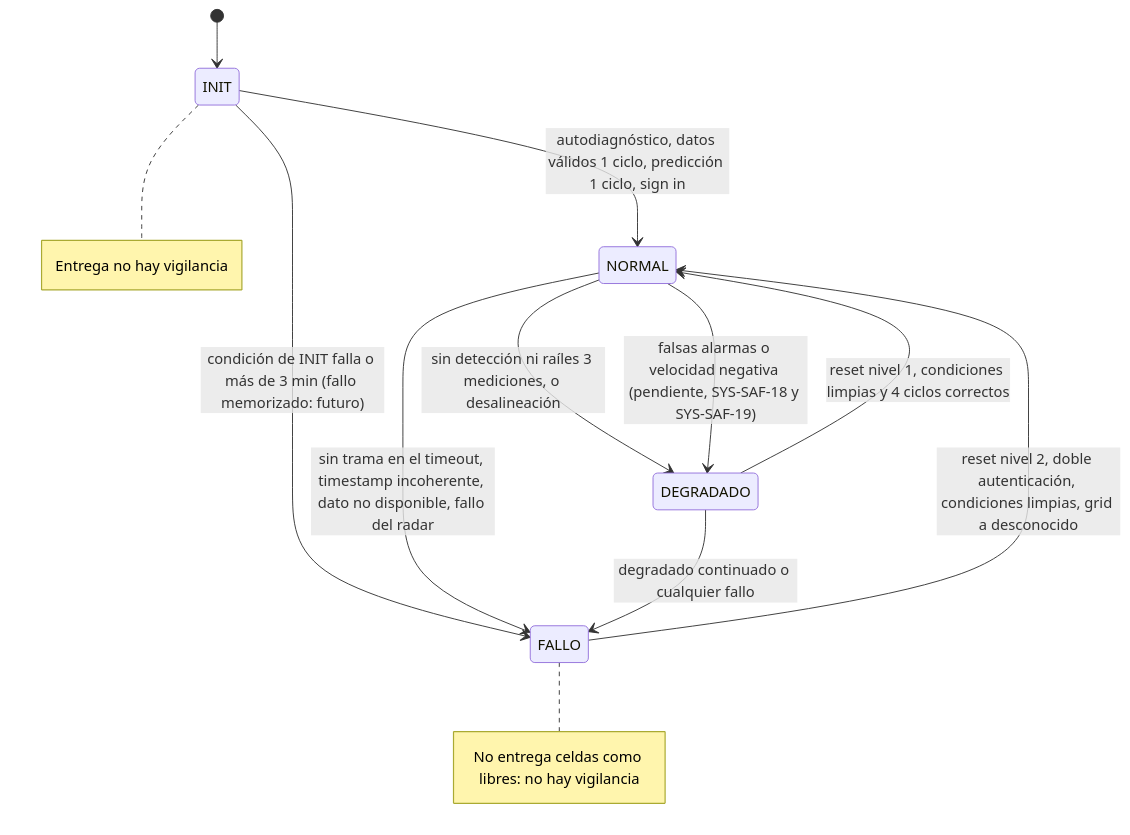
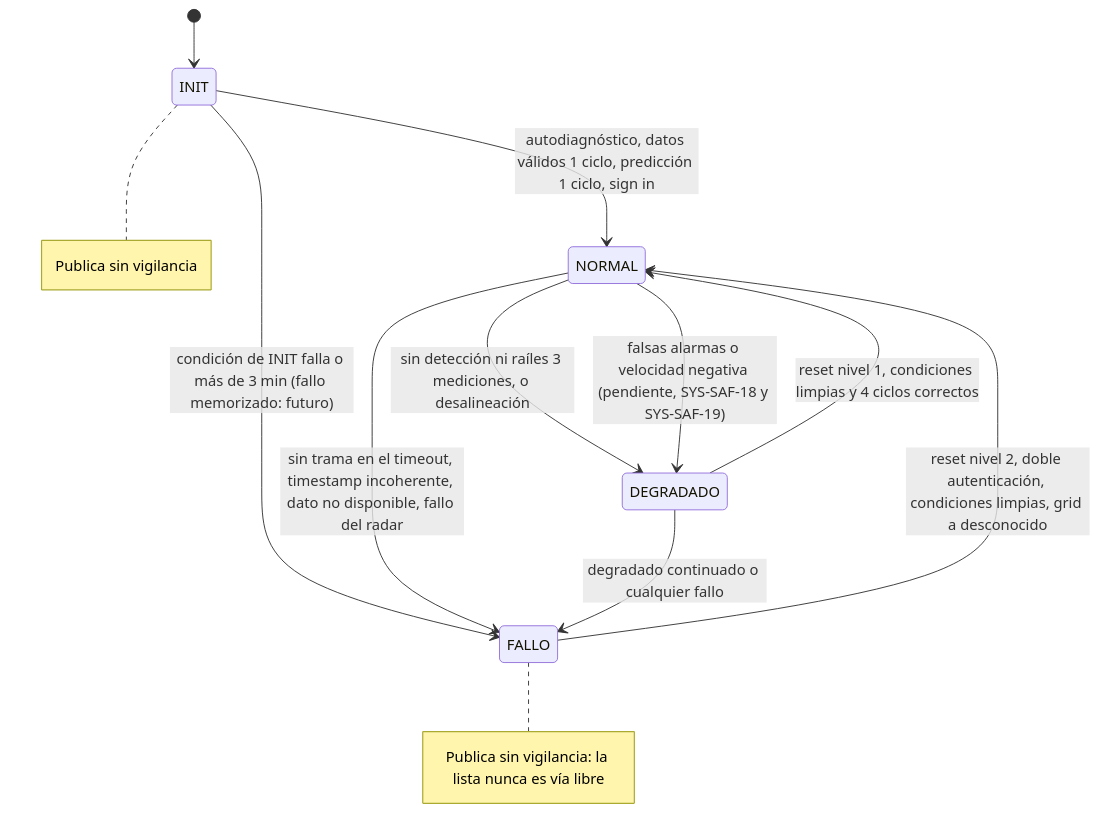
Before and after one commit to buzondealiciagarcia-cmyk/prueba-tecnica-saf: the diagram in docs/02-diseno/diagramas/estados.mmd, drawn with Mermaid. The commit also changed 9 other files, not shown here.

```diff
--- a/docs/02-diseno/diagramas/estados.mmd
+++ b/docs/02-diseno/diagramas/estados.mmd
@@ -1,16 +1,16 @@
 stateDiagram-v2
   [*] --> INIT
   INIT --> NORMAL: autodiagnóstico, datos válidos 1 ciclo, predicción 1 ciclo, sign in
   INIT --> FALLO: condición de INIT falla o más de 3 min (fallo memorizado: futuro)
   NORMAL --> DEGRADADO: sin detección ni raíles 3 mediciones, o desalineación
   NORMAL --> FALLO: sin trama en el timeout, timestamp incoherente, dato no disponible, fallo del radar
   NORMAL --> DEGRADADO: falsas alarmas o velocidad negativa (pendiente, SYS-SAF-18 y SYS-SAF-19)
   DEGRADADO --> NORMAL: reset nivel 1, condiciones limpias y 4 ciclos correctos
   DEGRADADO --> FALLO: degradado continuado o cualquier fallo
   FALLO --> NORMAL: reset nivel 2, doble autenticación, condiciones limpias, grid a desconocido
   note right of INIT
-    Entrega no hay vigilancia
+    Publica sin vigilancia
   end note
   note right of FALLO
-    No entrega celdas como libres: no hay vigilancia
+    Publica sin vigilancia: la lista nunca es vía libre
   end note
```
